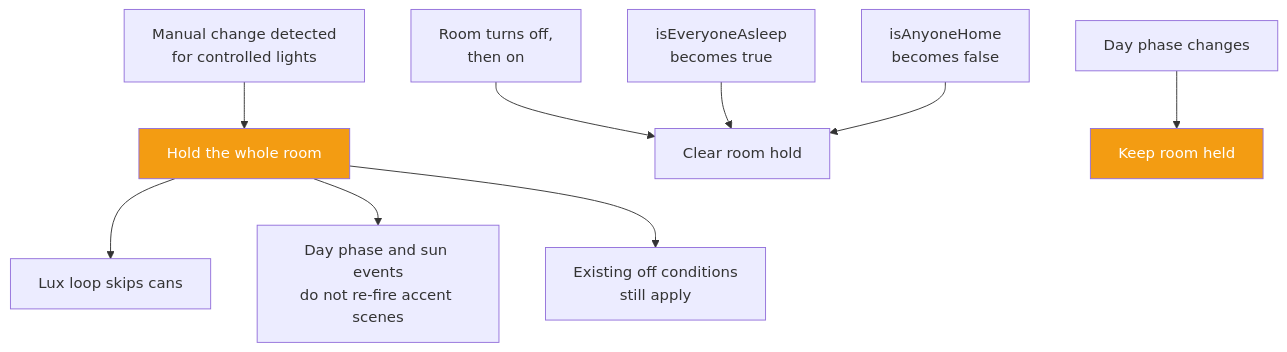
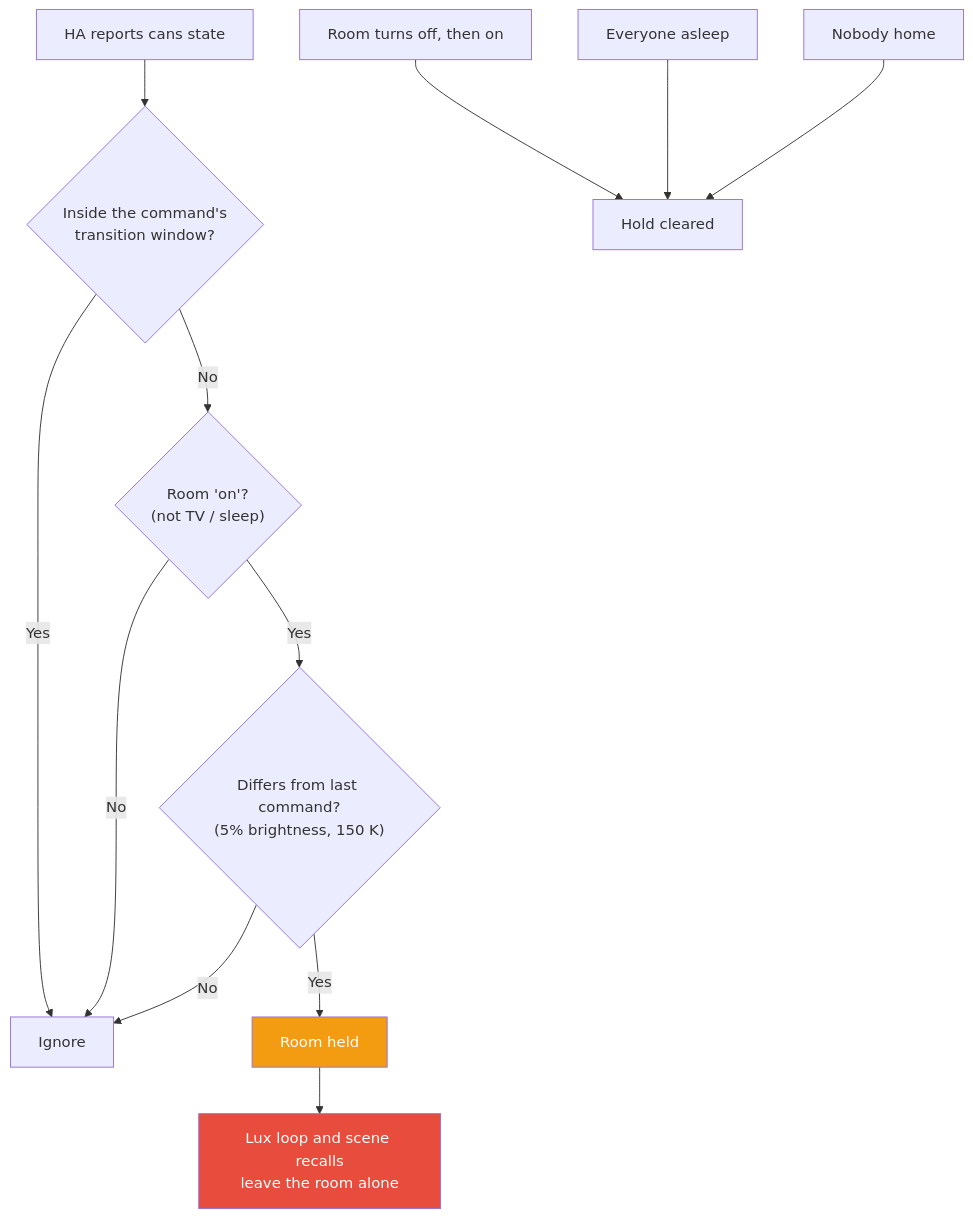
Before and after one commit to NickBorgers/home-automation: the fifth of 7 diagrams in docs/flows/LIGHTING_CONTROL.md, drawn with Mermaid. The commit also changed other lines of this file and 14 other files, not shown here.

First line of the commit message:
feat(lighting): lux-target control and manual hold (Living Room active) (#1205)

````diff
--- a/docs/flows/LIGHTING_CONTROL.md
+++ b/docs/flows/LIGHTING_CONTROL.md
@@ -179,15 +176,19 @@
 ```mermaid
 flowchart TD
-    manual["Manual change detected<br/>for controlled lights"] --> hold["Hold the whole room"]
-    hold --> skipCans["Lux loop skips cans"]
-    hold --> skipScenes["Day phase and sun events<br/>do not re-fire accent scenes"]
-    hold --> offConditions["Existing off conditions<br/>still apply"]
+    report["HA reports cans state"] --> window{"Inside the command's<br/>transition window?"}
+    window -->|Yes| ignore["Ignore"]
+    window -->|No| owned{"Room 'on'?<br/>(not TV / sleep)"}
+    owned -->|No| ignore
+    owned -->|Yes| compare{"Differs from last command?<br/>(5% brightness, 150 K)"}
+    compare -->|No| ignore
+    compare -->|Yes| held["Room held"]
 
-    roomRestart["Room turns off,<br/>then on"] --> clear["Clear room hold"]
-    everyoneAsleep["isEveryoneAsleep<br/>becomes true"] --> clear
-    nobodyHome["isAnyoneHome<br/>becomes false"] --> clear
-    dayPhase["Day phase changes"] --> keep["Keep room held"]
+    held --> keep["Lux loop and scene recalls<br/>leave the room alone"]
 
-    style hold fill:#f39c12,color:#fff
-    style keep fill:#f39c12,color:#fff
+    cycle["Room turns off, then on"] --> clear["Hold cleared"]
+    asleep["Everyone asleep"] --> clear
+    away["Nobody home"] --> clear
+
+    style held fill:#f39c12,color:#fff
+    style keep fill:#e74c3c,color:#fff
 ```
````
